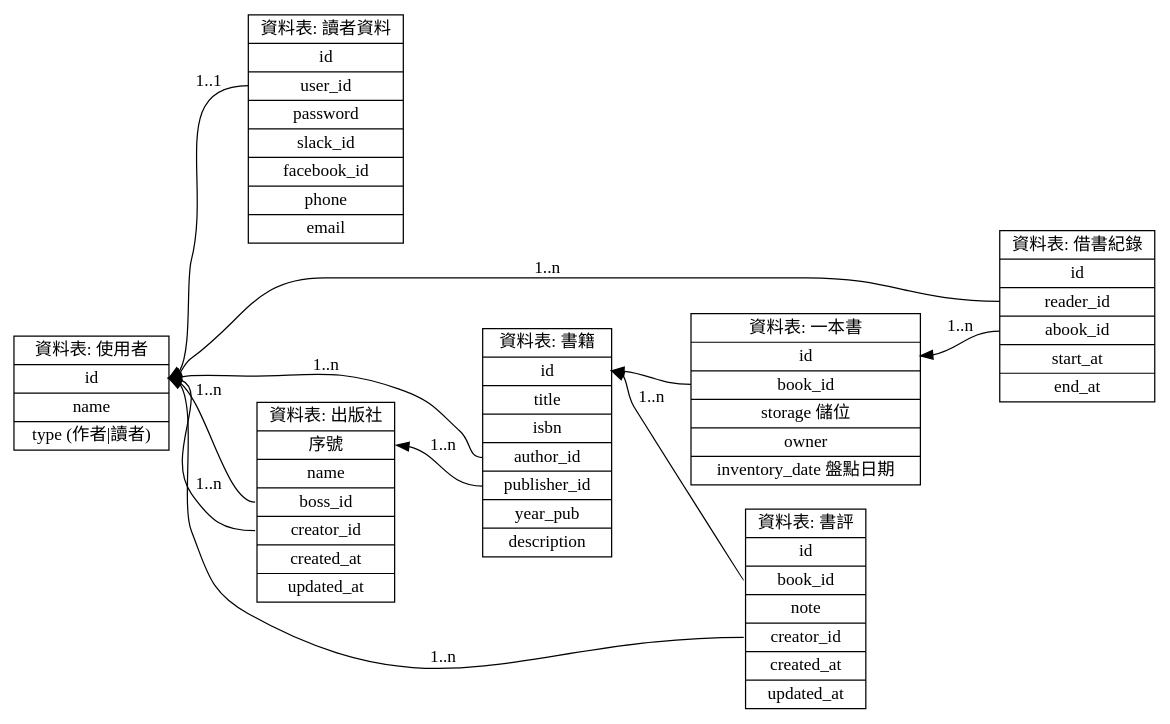
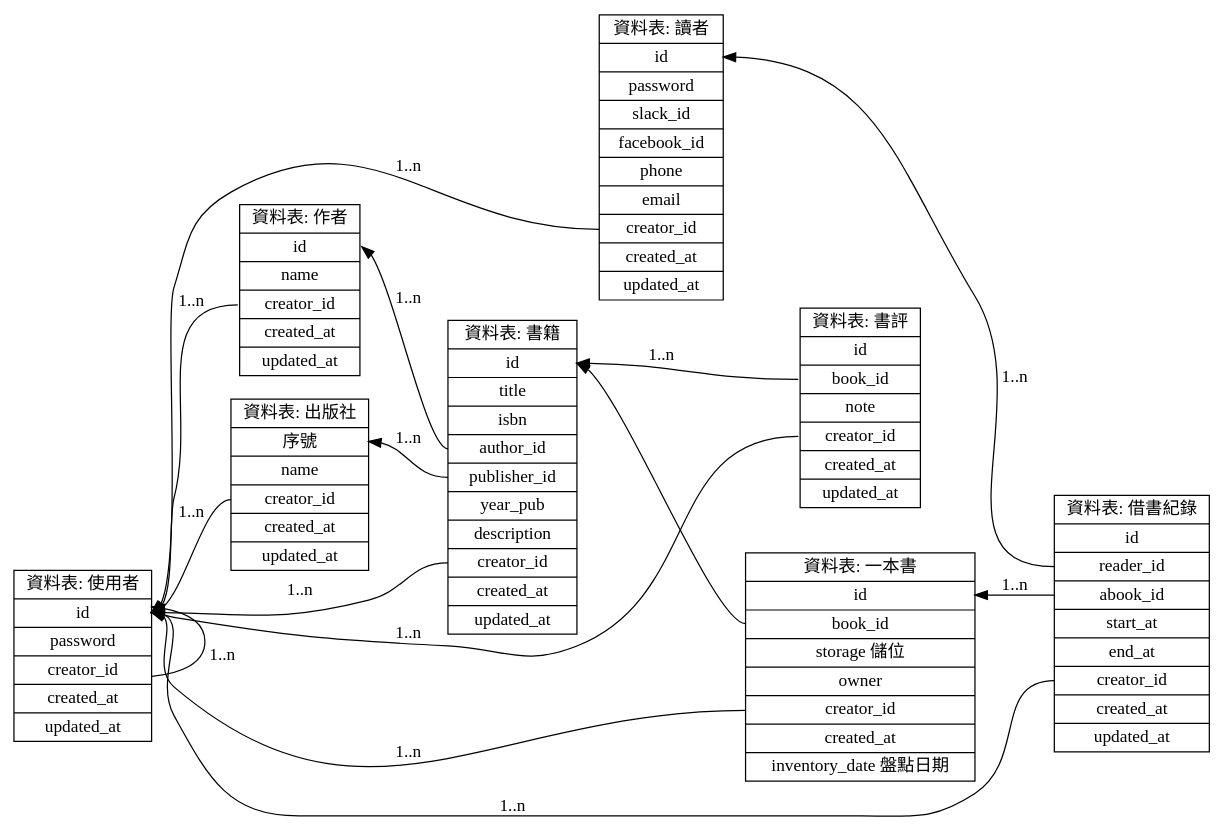
The diagram in source/_posts/raspberry-pi/create-table.md (dwatow/dwatow.github.io), drawn with Graphviz before and after one commit. The commit also changed other lines of this file, not shown here.

````diff
--- a/source/_posts/raspberry-pi/create-table.md
+++ b/source/_posts/raspberry-pi/create-table.md
@@ -23,26 +23,42 @@
 
   node[shape=record]
 
+  author [label="
+    資料表: 作者|
+    <id>id |
+    name|
+    <creator_id>creator_id|
+    created_at|
+    updated_at
+  "];
+
+  author:creator_id->user:id [label="1..n"]
+
   user [label="
     資料表: 使用者|
-    <id>id |
-    name |
-    type (作者\|讀者)
-  "];
+    <id>id|
+    password|
+    <creator_id>creator_id|
+    created_at|
+    updated_at
+  "]
+
+  user:creator_id->user:id [label="1..n"]
 
   reader [label="
-    資料表: 讀者資料|
+    資料表: 讀者|
     <id>id|
-    <user_id>user_id|
     password|
     slack_id|
     facebook_id|
     phone|
-    email
+    email|
+    <creator_id>creator_id|
+    created_at|
+    updated_at
   "]
-      
-      
-  reader:user_id->user:id [label="1..1"]
+
+  reader:creator_id->user:id [label="1..n"]
       
   book [label="
     資料表: 書籍|
@@ -52,11 +68,15 @@
     <author_id>author_id |
     <publisher_id>publisher_id |
     year_pub |
-    description
+    description|
+    <creator_id>creator_id|
+    created_at|
+    updated_at
   "];
       
-  book:author_id->user:id [label="1..n"]
+  book:author_id->author:id [label="1..n"]
   book:publisher_id->publisher:id [label="1..n"]
+  book:creator_id->user:id [label="1..n"]
       
   abook [label="
     資料表: 一本書|
@@ -64,22 +84,23 @@
     <book_id>book_id|
     storage 儲位|
     owner|
+    <creator_id>creator_id|
+    created_at|
     inventory_date 盤點日期
   "]
 
   abook:book_id->book:id
+  abook:creator_id->user:id [label="1..n"]
 
   publisher [label="
     資料表: 出版社|
     <id>序號|
     name|
-    <boss_id>boss_id|
     <creator_id>creator_id|
     created_at|
     updated_at
   "];
       
-  publisher:boss_id->user:id [label="1..n"]
   publisher:creator_id->user:id [label="1..n"]
 
   
@@ -102,10 +123,14 @@
     <user_id>reader_id|
     <abook_id>abook_id|
     start_at|
-    end_at
+    end_at|
+    <creator_id>creator_id|
+    created_at|
+    updated_at
   "]
 
-  borrowing:user_id->user:id [label="1..n"]
+  borrowing:user_id->reader:id [label="1..n"]
   borrowing:abook_id->abook:id [label="1..n"]
+  borrowing:creator_id->user:id [label="1..n"]
 }
 ```
````
